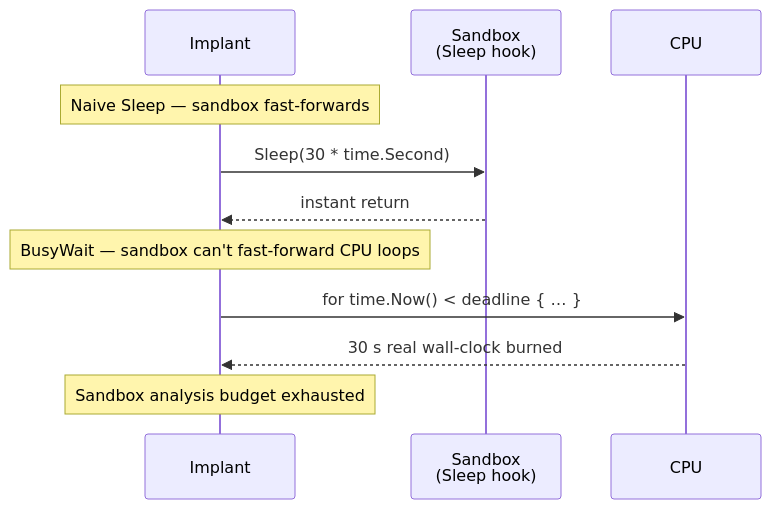
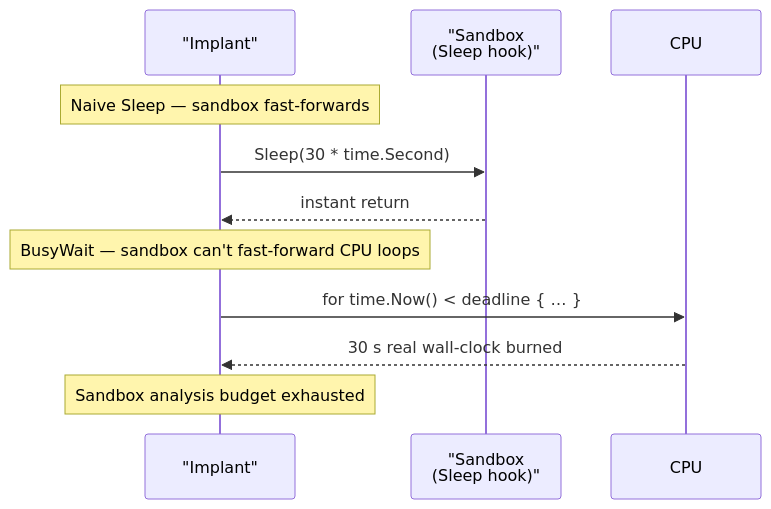
One commit to oioio-space/maldev changed the diagram in docs/techniques/recon/timing.md. Above: the diagram before and after it, drawn with Mermaid. The commit also changed 52 other files, not shown here.

First line of the commit message:
fix(docs): quote multi-word Mermaid participant aliases — 11.2.0 strict-mode sweep

````diff
--- a/docs/techniques/recon/timing.md
+++ b/docs/techniques/recon/timing.md
@@ -40,15 +40,15 @@
 ```mermaid
 sequenceDiagram
-    participant Imp as Implant
-    participant Hook as Sandbox<br>(Sleep hook)
+    participant Imp as "Implant"
+    participant Hook as "Sandbox<br>(Sleep hook)"
     participant CPU
 
     Note over Imp: Naive Sleep — sandbox fast-forwards
     Imp->>Hook: Sleep(30 * time.Second)
     Hook-->>Imp: instant return
 
     Note over Imp: BusyWait — sandbox can't fast-forward CPU loops
     Imp->>CPU: for time.Now() < deadline { … }
     CPU-->>Imp: 30 s real wall-clock burned
     Note over Imp: Sandbox analysis budget exhausted
 ```
````
